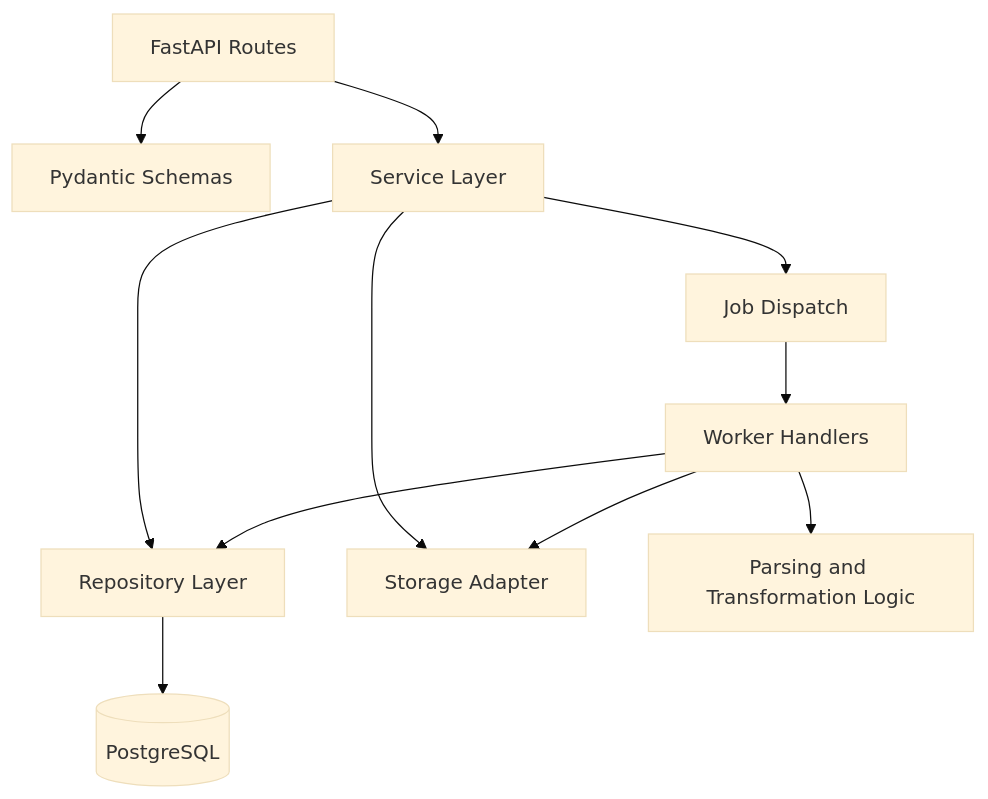
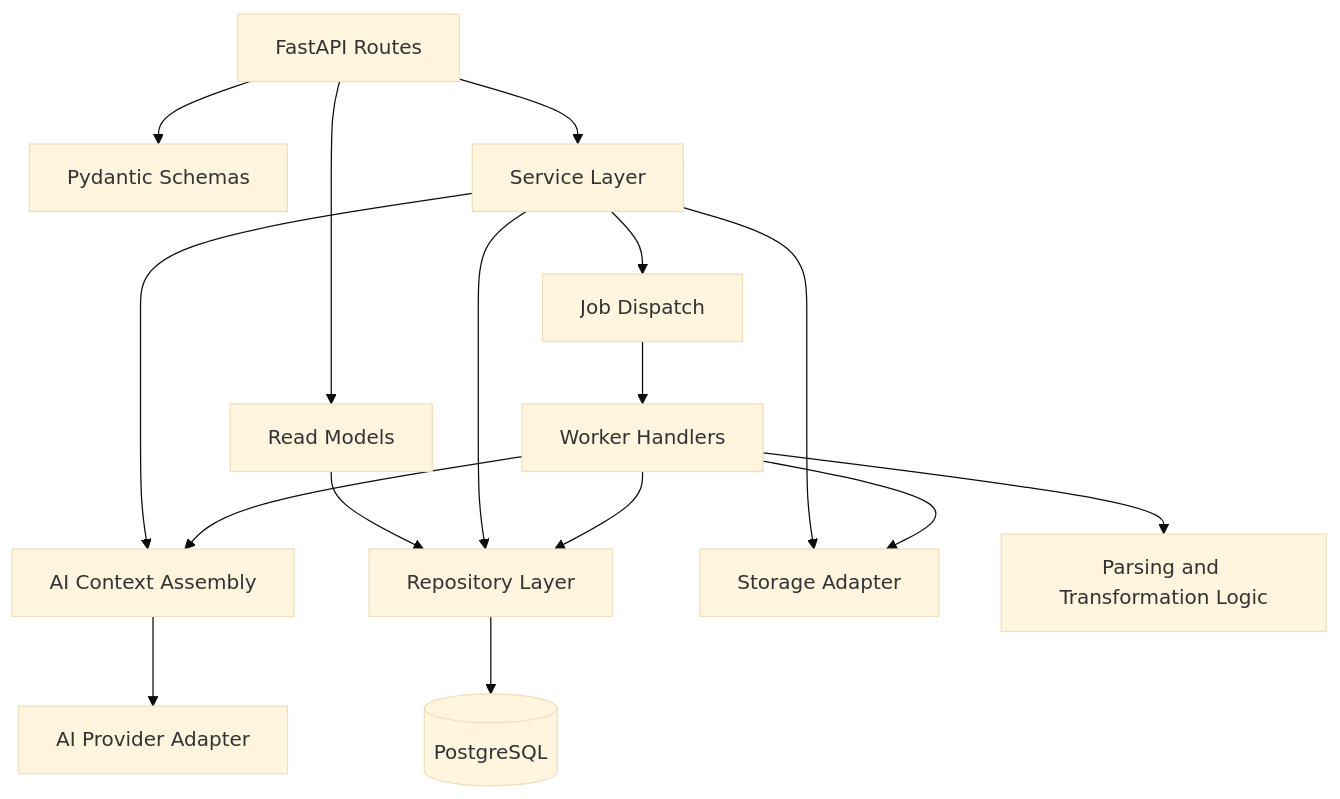
One commit to AnaKies/music-app changed the diagram in docs/backend/application-structure.md. Above: the diagram before and after it, drawn with Mermaid (base theme). The commit also changed other lines of this file and 14 other files, not shown here.

Commit message:
docs: align AI, frontend, and backend plans with architecture

````diff
--- a/docs/backend/application-structure.md
+++ b/docs/backend/application-structure.md
@@ -40,13 +44,18 @@
 ```mermaid
 flowchart TD
     ROUTES[FastAPI Routes] --> SCHEMAS[Pydantic Schemas]
     ROUTES --> SERVICES[Service Layer]
+    SERVICES --> AICTX[AI Context Assembly]
+    AICTX --> AICALL[AI Provider Adapter]
+    ROUTES --> READ[Read Models]
+    READ --> REPOS
     SERVICES --> REPOS[Repository Layer]
     SERVICES --> STORAGE[Storage Adapter]
     SERVICES --> WORKERS[Job Dispatch]
     REPOS --> DB[(PostgreSQL)]
     WORKERS --> JOBRUN[Worker Handlers]
     JOBRUN --> REPOS
     JOBRUN --> STORAGE
+    JOBRUN --> AICTX
     JOBRUN --> DOMAIN[Parsing and Transformation Logic]
 ```
````
